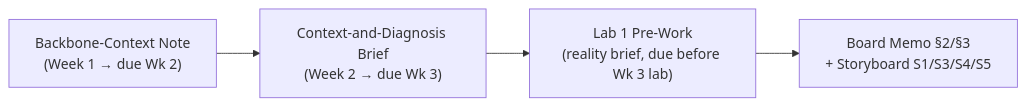
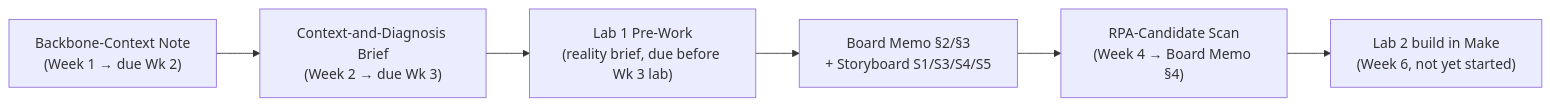
Before and after one commit to salawhaaat/erp2agentic: the diagram in index.md, drawn with Mermaid. The commit also changed other lines of this file and 70 other files, not shown here.

````diff
--- a/index.md
+++ b/index.md
@@ -31,6 +38,8 @@
 ```mermaid
 flowchart LR
     A["Backbone-Context Note\n(Week 1 → due Wk 2)"] --> B["Context-and-Diagnosis Brief\n(Week 2 → due Wk 3)"]
     B --> C["Lab 1 Pre-Work\n(reality brief, due before Wk 3 lab)"]
     C --> D["Board Memo §2/§3\n+ Storyboard S1/S3/S4/S5"]
+    D --> E["RPA-Candidate Scan\n(Week 4 → Board Memo §4)"]
+    E --> F["Lab 2 build in Make\n(Week 6, not yet started)"]
 ```
````
